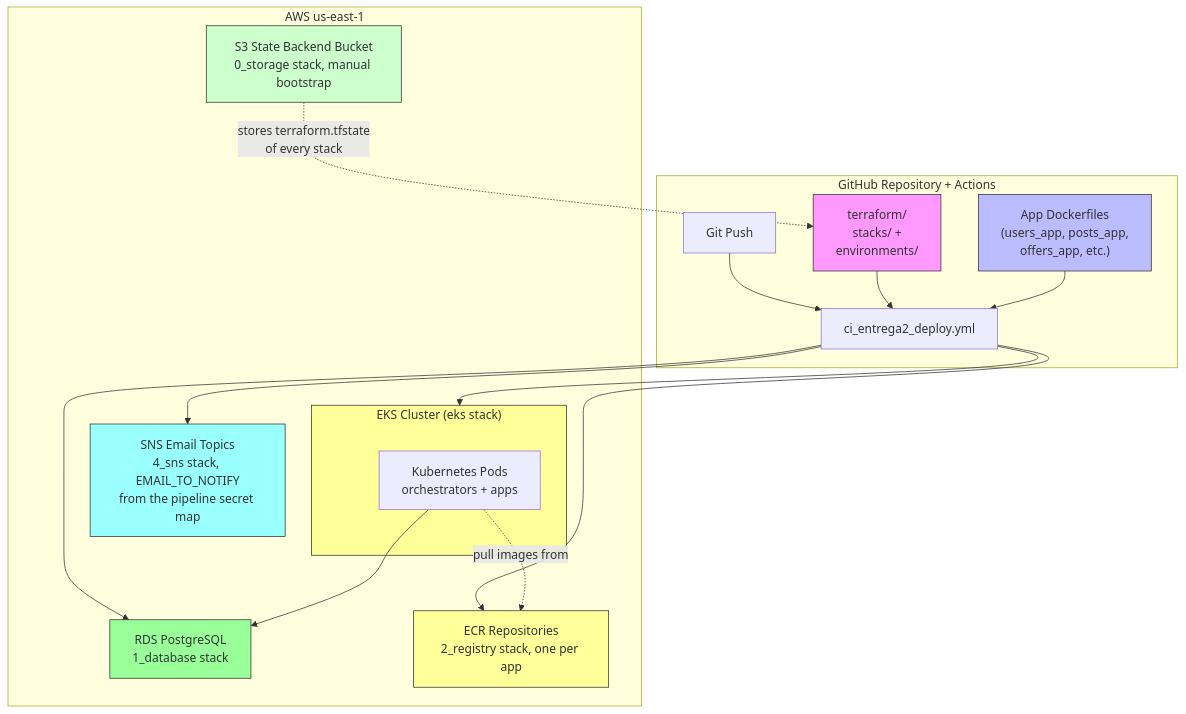
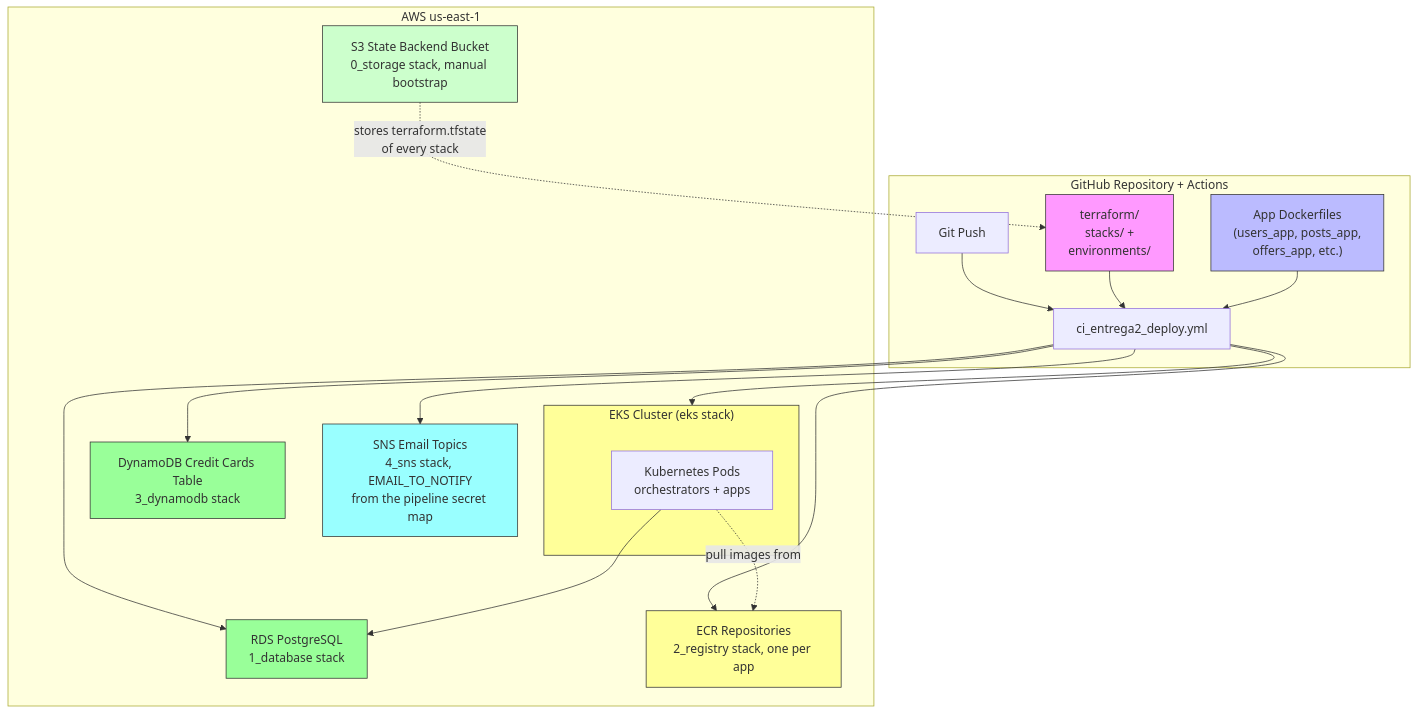
One commit to PedroTrujilloV/CloudNativeComputingSharedSuitcaseApp changed the diagram in docs/terraform-deployment.md. Above: the diagram before and after it, drawn with Mermaid. The commit also changed other lines of this file and 144 other files, not shown here.

````diff
--- a/docs/terraform-deployment.md
+++ b/docs/terraform-deployment.md
@@ -17,36 +17,39 @@
 ```mermaid
 graph TD
 
   subgraph GitHub["GitHub Repository + Actions"]
     GitCode[Git Push] --> Pipeline[ci_entrega2_deploy.yml]
     TFCode[terraform/\nstacks/ +\nenvironments/] --> Pipeline
     AppCode["App Dockerfiles\n(users_app, posts_app,\noffers_app, etc.)"] --> Pipeline
   end
 
   subgraph AWS["AWS us-east-1"]
     subgraph EKS["EKS Cluster (eks stack)"]
       K8sPods[Kubernetes Pods\norchestrators + apps]
     end
     RDS[RDS PostgreSQL\n1_database stack]
+    DDB[DynamoDB Credit Cards Table\n3_dynamodb stack]
     ECR[ECR Repositories\n2_registry stack, one per app]
     SNS[SNS Email Topics\n4_sns stack, EMAIL_TO_NOTIFY\nfrom the pipeline secret map]
     S3[S3 State Backend Bucket\n0_storage stack, manual bootstrap]
   end
 
   Pipeline --> EKS
   Pipeline --> RDS
+  Pipeline --> DDB
   Pipeline --> ECR
   Pipeline --> SNS
   S3 -.-> |stores terraform.tfstate\nof every stack| TFCode
 
   K8sPods --> RDS
   K8sPods -.-> |pull images from| ECR
 
   style TFCode fill:#f9f,stroke:#333
   style AppCode fill:#bbf,stroke:#333
   style EKS fill:#ff9,stroke:#333
   style RDS fill:#9f9,stroke:#333
+  style DDB fill:#9f9,stroke:#333
   style ECR fill:#ff9,stroke:#333
   style SNS fill:#9ff,stroke:#333
   style S3 fill:#cfc,stroke:#333
 ```
````
